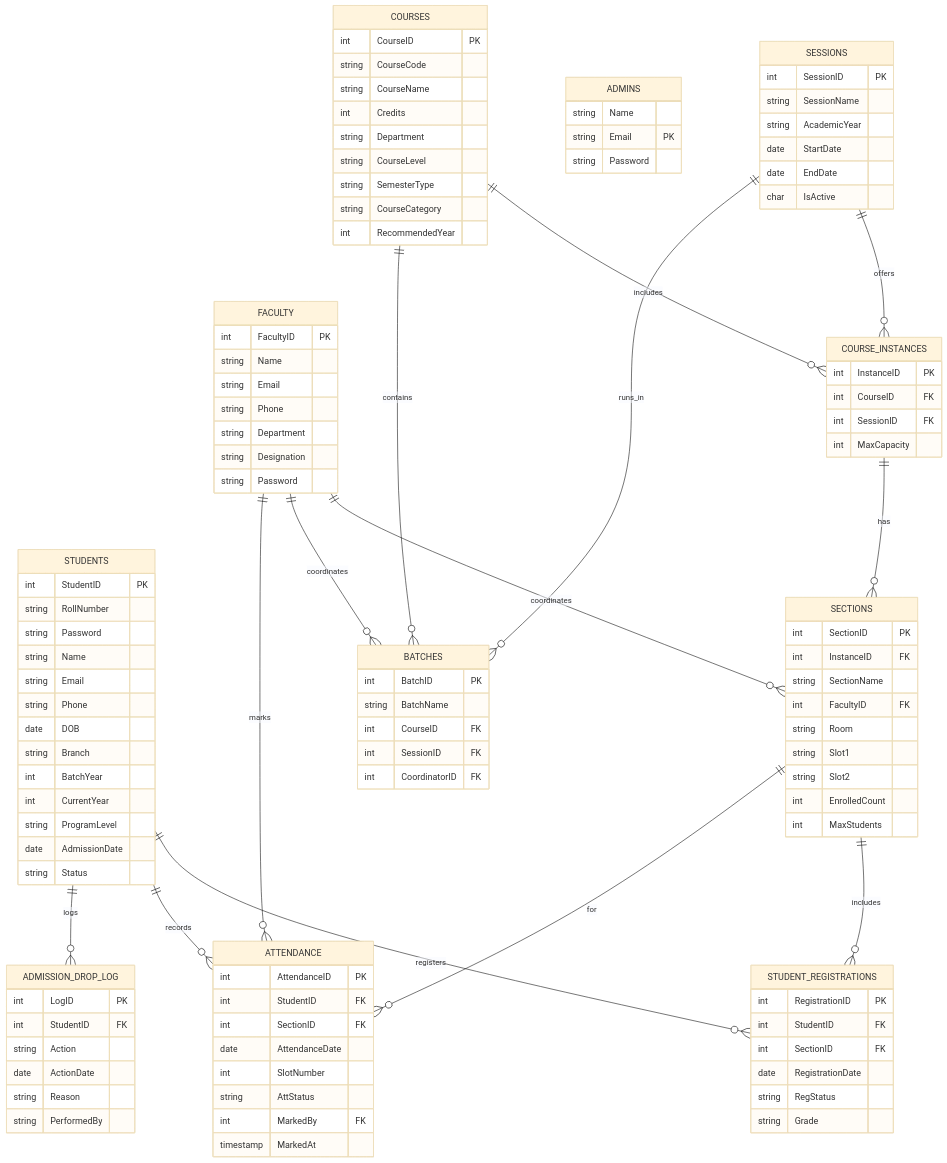
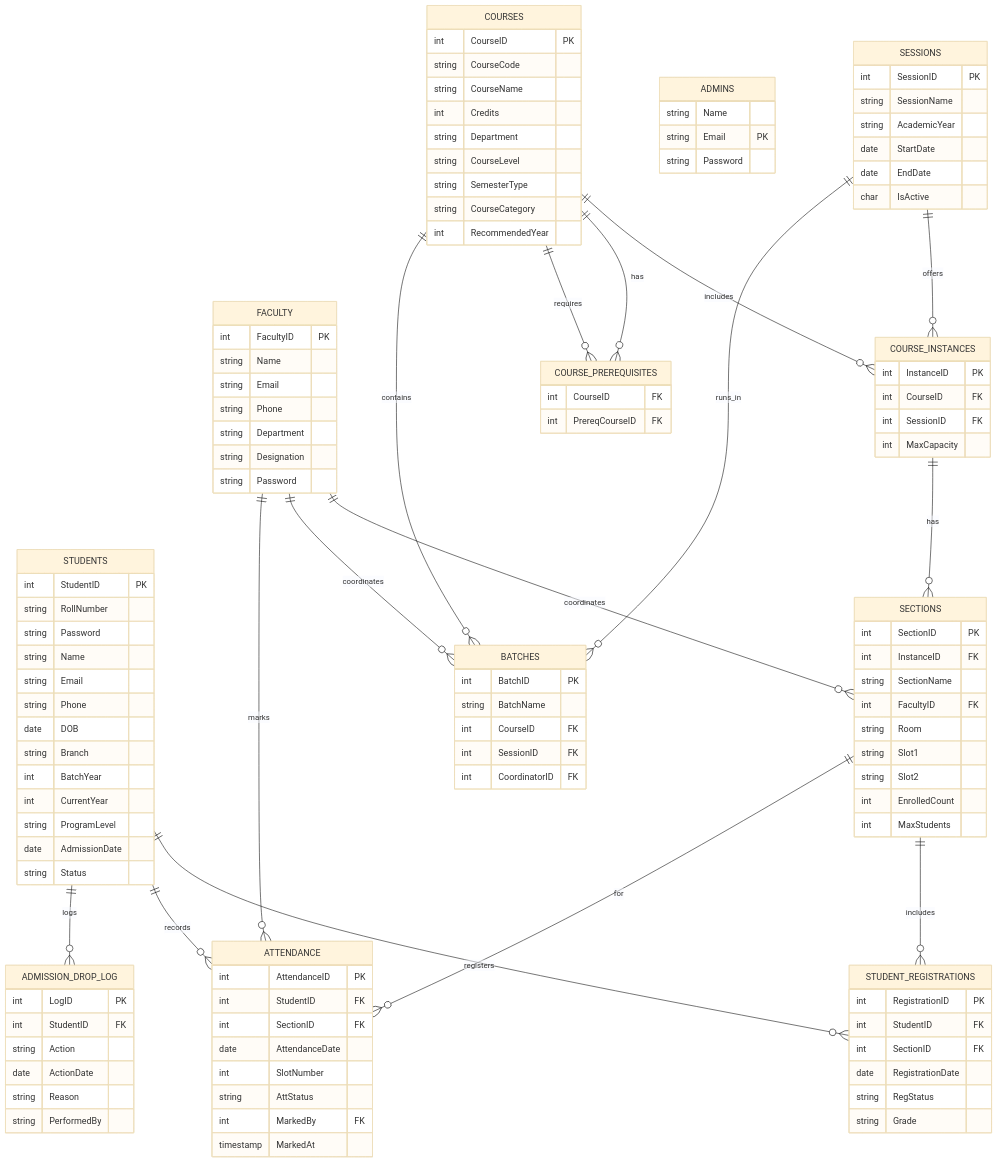
Before and after one commit to vraj18/attendX: the diagram in ERD.md, drawn with Mermaid (base theme). The commit also changed 17 other files, not shown here.

```diff
--- a/ERD.md
+++ b/ERD.md
@@ -36,6 +36,10 @@
         string SemesterType
         string CourseCategory
         int RecommendedYear
+    }
+    COURSE_PREREQUISITES {
+        int CourseID FK
+        int PrereqCourseID FK
     }
     STUDENTS {
         int StudentID PK
@@ -105,6 +109,8 @@
 
     SESSIONS ||--o{ COURSE_INSTANCES : "offers"
     COURSES ||--o{ COURSE_INSTANCES : "includes"
+    COURSES ||--o{ COURSE_PREREQUISITES : "has"
+    COURSES ||--o{ COURSE_PREREQUISITES : "requires"
     COURSE_INSTANCES ||--o{ SECTIONS : "has"
     FACULTY ||--o{ SECTIONS : "coordinates"
     COURSES ||--o{ BATCHES : "contains"
```
